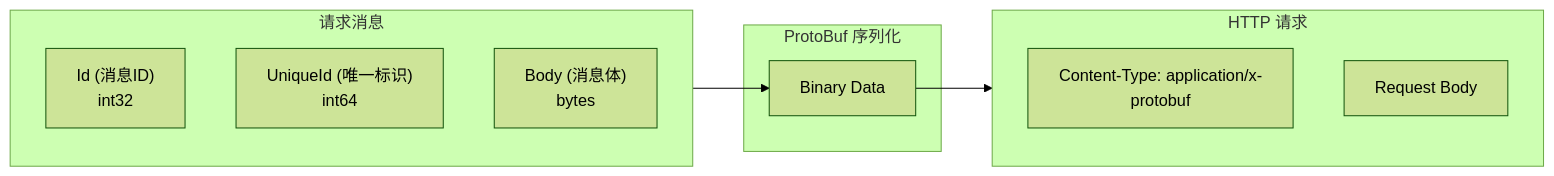
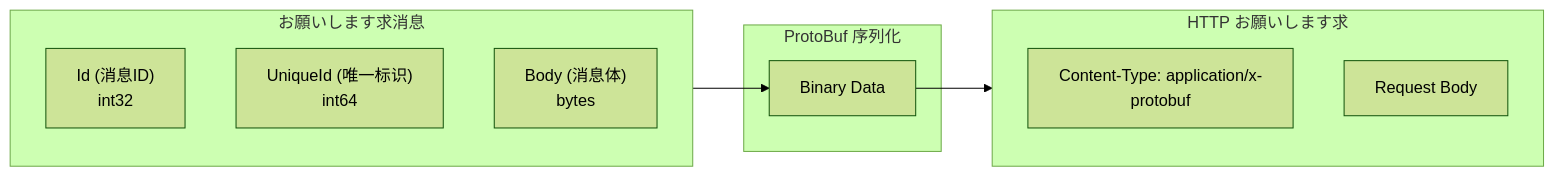
One commit to AlianBlank/GameFrameX.Docs changed the fourth of 5 diagrams in docs/ja/client/unity/component/web-protobuff/06.architecture.md. Above: the diagram before and after it, drawn with Mermaid (forest theme). The commit also changed other lines of this file and 603 other files, not shown here.

````diff
--- a/docs/ja/client/unity/component/web-protobuff/06.architecture.md
+++ b/docs/ja/client/unity/component/web-protobuff/06.architecture.md
@@ -162,19 +162,19 @@
 ```mermaid
 flowchart LR
-    subgraph Request["请求消息"]
+    subgraph Request["お願いします求消息"]
         ReqId["Id (消息ID)<br/>int32"]
         ReqUid["UniqueId (唯一标识)<br/>int64"]
         ReqBody["Body (消息体)<br/>bytes"]
     end
     
     subgraph Data["ProtoBuf 序列化"]
         Serialize["Binary Data"]
     end
     
-    subgraph HTTP["HTTP 请求"]
+    subgraph HTTP["HTTP お願いします求"]
         Header["Content-Type: application/x-protobuf"]
         BodyBytes["Request Body"]
     end
     
     Request --> Serialize --> HTTP
 ```
````
